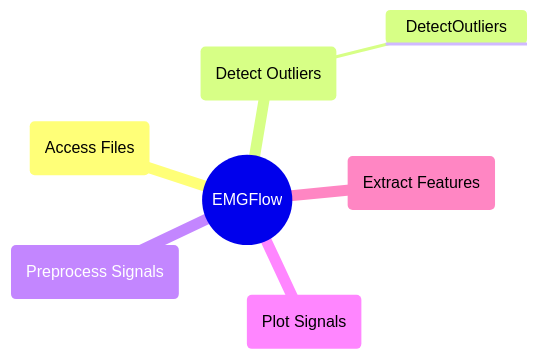
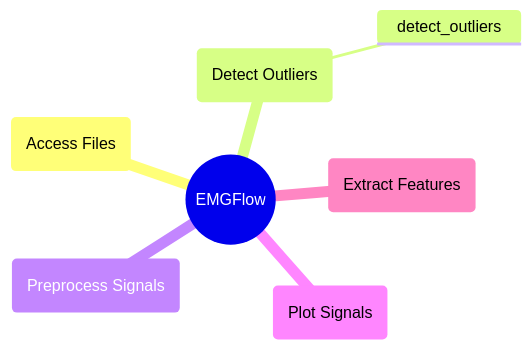
The diagram in docs/reference/detect-outliers.md (WiIIson/EMGFlow-Python-Package), drawn with Mermaid before and after one commit. The commit also changed other lines of this file and 1 other file, not shown here.

First line of the commit message:
Updated detect-outliers page

````diff
--- a/docs/reference/detect-outliers.md
+++ b/docs/reference/detect-outliers.md
@@ -7,10 +7,10 @@
 ```mermaid
 mindmap
     root((EMGFlow))
         AF(Access Files)
         DO(Detect Outliers)
-            DetectOutliers
+            detect_outliers
         PrS(Preprocess Signals)
         PlS(Plot Signals)
         EF(Extract Features)
 ```
````
